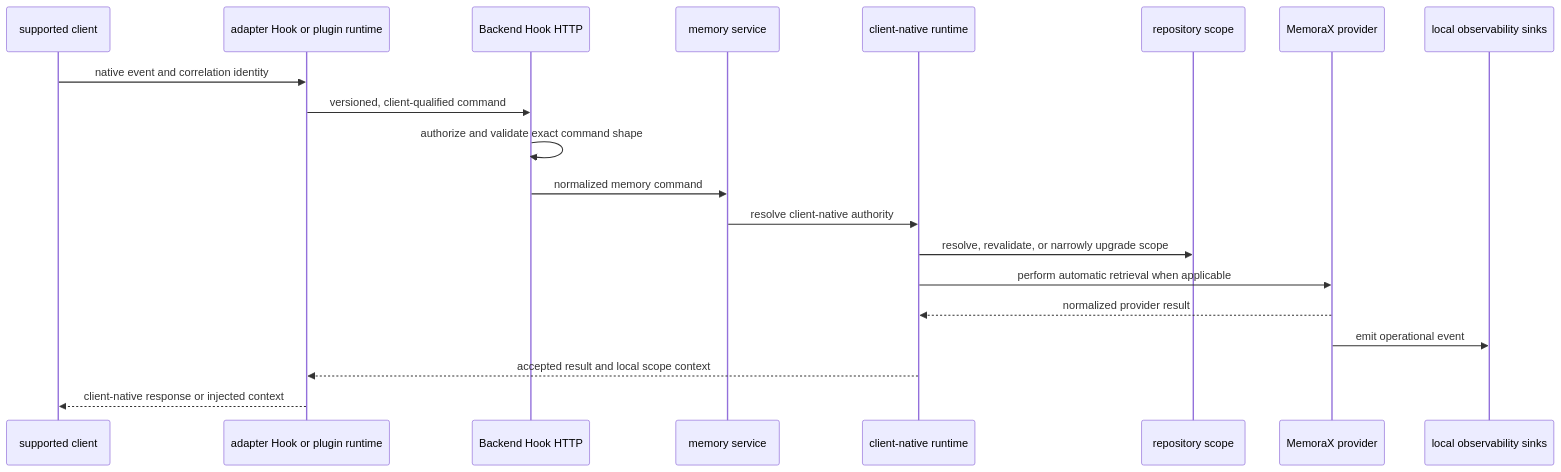
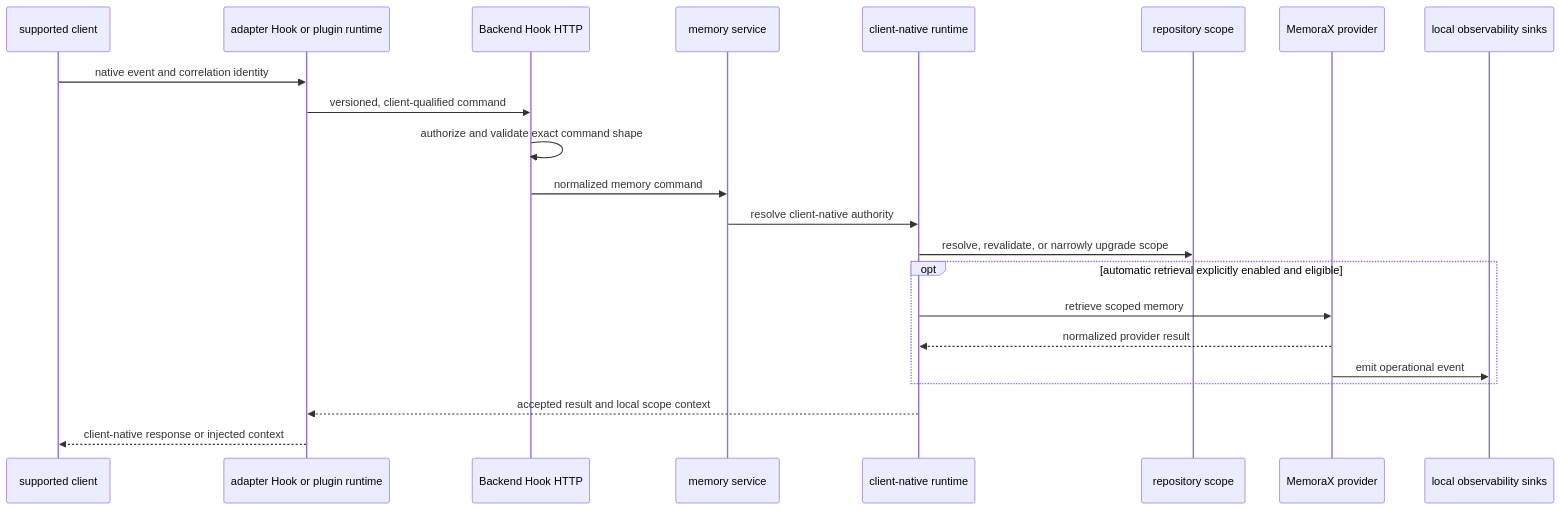
One commit to SimonEskildse/memorax-code changed the third of 7 diagrams in ARCHITECTURE.md. Above: the diagram before and after it, drawn with Mermaid. The commit also changed other lines of this file and 11 other files, not shown here.

````diff
--- a/ARCHITECTURE.md
+++ b/ARCHITECTURE.md
@@ -356,23 +363,25 @@
 ```mermaid
 sequenceDiagram
   participant Client as supported client
   participant Hook as adapter Hook or plugin runtime
   participant HTTP as Backend Hook HTTP
   participant Service as memory service
   participant Native as client-native runtime
   participant Scope as repository scope
   participant Provider as MemoraX provider
   participant Obs as local observability sinks
 
   Client->>Hook: native event and correlation identity
   Hook->>HTTP: versioned, client-qualified command
   HTTP->>HTTP: authorize and validate exact command shape
   HTTP->>Service: normalized memory command
   Service->>Native: resolve client-native authority
   Native->>Scope: resolve, revalidate, or narrowly upgrade scope
-  Native->>Provider: perform automatic retrieval when applicable
-  Provider-->>Native: normalized provider result
-  Provider->>Obs: emit operational event
+  opt automatic retrieval explicitly enabled and eligible
+    Native->>Provider: retrieve scoped memory
+    Provider-->>Native: normalized provider result
+    Provider->>Obs: emit operational event
+  end
   Native-->>Hook: accepted result and local scope context
   Hook-->>Client: client-native response or injected context
 ```
````
